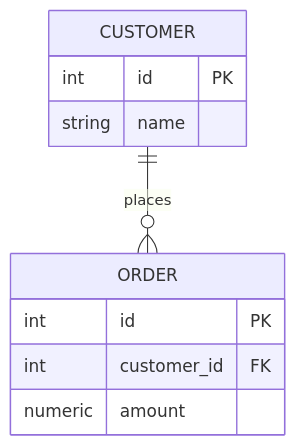
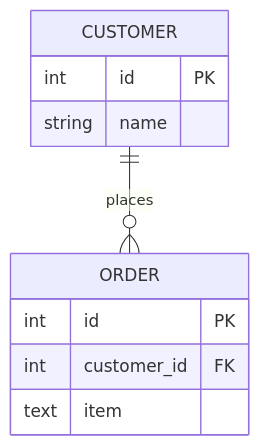
Before and after one commit to dataslope/dataslope: the first of 2 diagrams in content/learn/intro-sql-postgres/why-relational-databases.mdx, drawn with Mermaid. The commit also changed 4 other files, not shown here.

````diff
--- a/content/learn/intro-sql-postgres/why-relational-databases.mdx
+++ b/content/learn/intro-sql-postgres/why-relational-databases.mdx
@@ -19,13 +19,13 @@
 ```mermaid
 erDiagram
     CUSTOMER ||--o{ ORDER : places
     CUSTOMER {
         int id PK
         string name
     }
     ORDER {
         int id PK
         int customer_id FK
-        numeric amount
+        text item
     }
 ```
````
